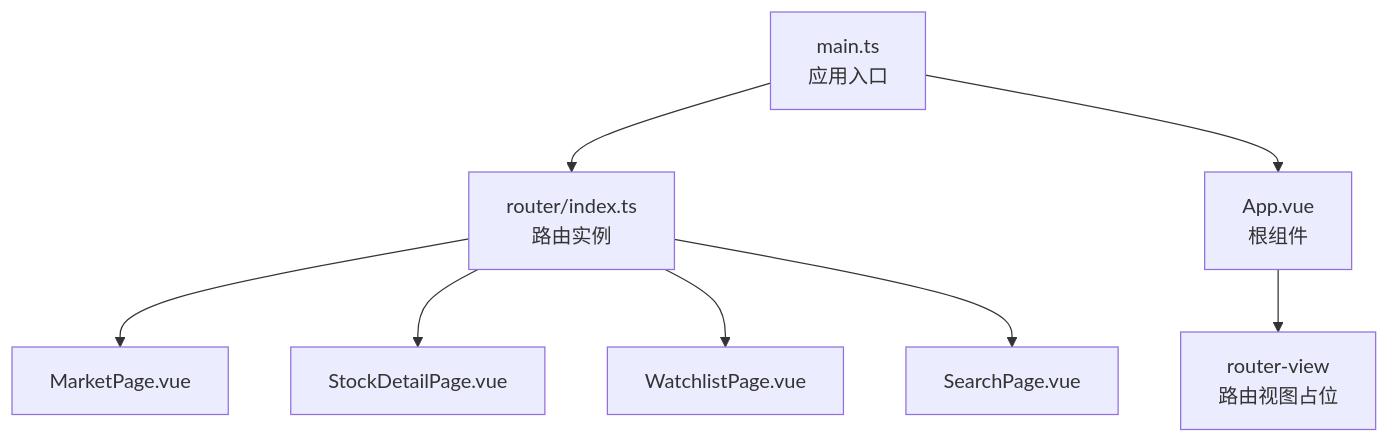
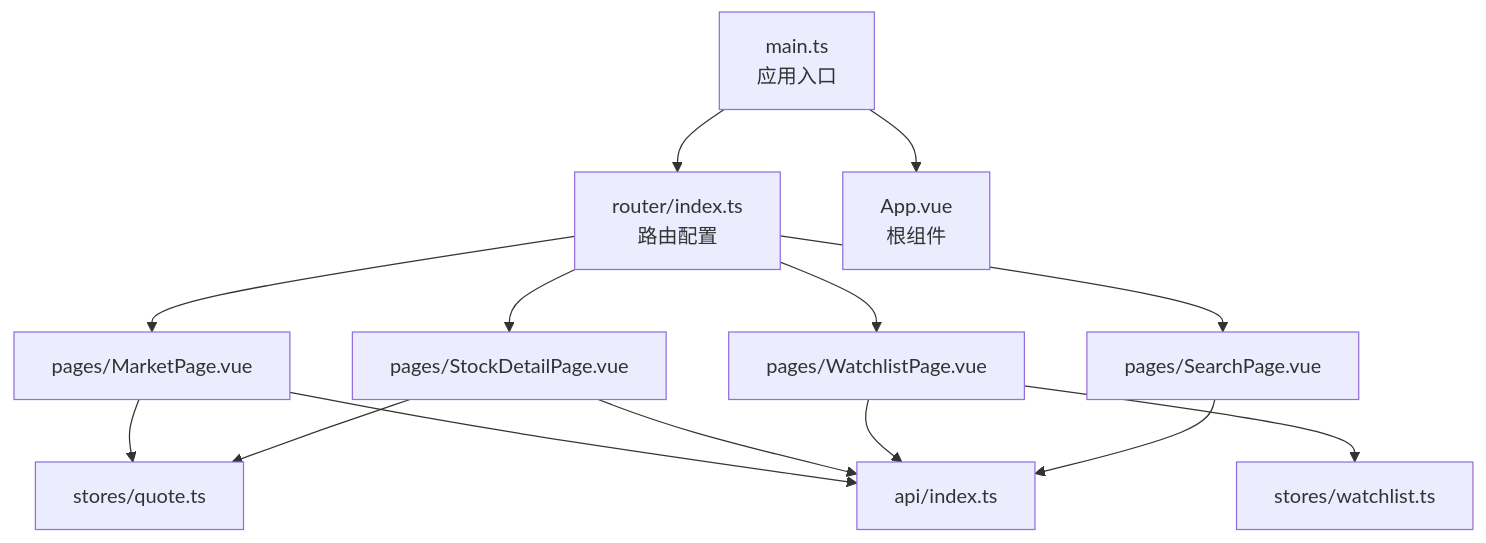
One commit to We3le7/stock-view changed the first of 4 diagrams in .qoder/repowiki/zh/content/前端开发/路由系统.md. Above: the diagram before and after it, drawn with Mermaid. The commit also changed other lines of this file and 142 other files, not shown here.

````diff
--- a/.qoder/repowiki/zh/content/前端开发/路由系统.md
+++ b/.qoder/repowiki/zh/content/前端开发/路由系统.md
@@ -33,10 +38,16 @@
 ```mermaid
 graph TB
-A["main.ts<br/>应用入口"] --> B["router/index.ts<br/>路由实例"]
+A["main.ts<br/>应用入口"] --> B["router/index.ts<br/>路由配置"]
 A --> C["App.vue<br/>根组件"]
-C --> D["router-view<br/>路由视图占位"]
-B --> E["MarketPage.vue"]
-B --> F["StockDetailPage.vue"]
-B --> G["WatchlistPage.vue"]
-B --> H["SearchPage.vue"]
+B --> D["pages/MarketPage.vue"]
+B --> E["pages/StockDetailPage.vue"]
+B --> F["pages/WatchlistPage.vue"]
+B --> G["pages/SearchPage.vue"]
+D --> H["stores/quote.ts"]
+E --> H
+F --> I["stores/watchlist.ts"]
+D --> J["api/index.ts"]
+E --> J
+F --> J
+G --> J
 ```
````
